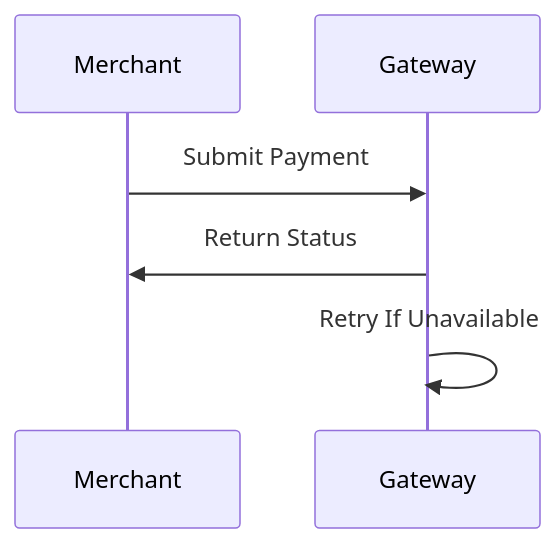
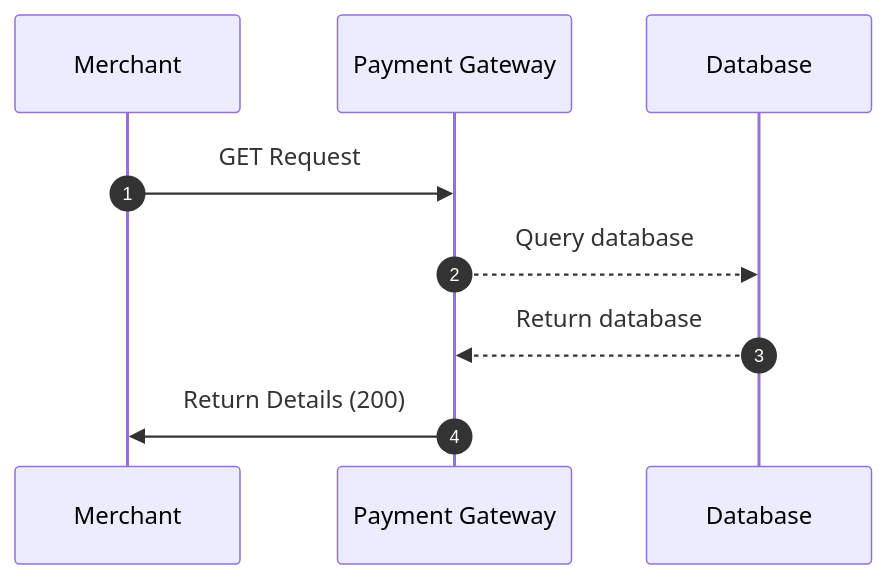
One commit to samjones00/payment-gateway changed the second of 3 diagrams in Mermaid.md. Above: the diagram before and after it, drawn with Mermaid. The commit also changed other lines of this file and 20 other files, not shown here.

````diff
--- a/Mermaid.md
+++ b/Mermaid.md
@@ -17,8 +23,11 @@
 ```mermaid
 sequenceDiagram
+    autonumber
     participant Merchant
-    participant Gateway
-    Merchant->>Gateway: Submit Payment
-    Gateway->>Merchant: Return Status
-    Gateway->>Gateway: Retry If Unavailable 
+    participant PG as Payment Gateway 
+    participant DB as Database
+    Merchant->>PG: GET Request
+    PG-->>DB:Query database
+    DB-->>PG:Return database
+    PG->>Merchant: Return Details (200)
 ```
````
